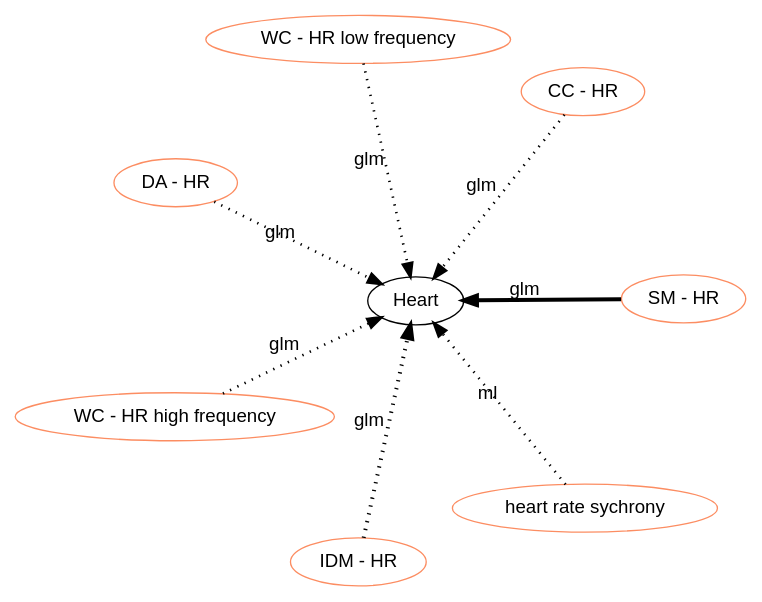
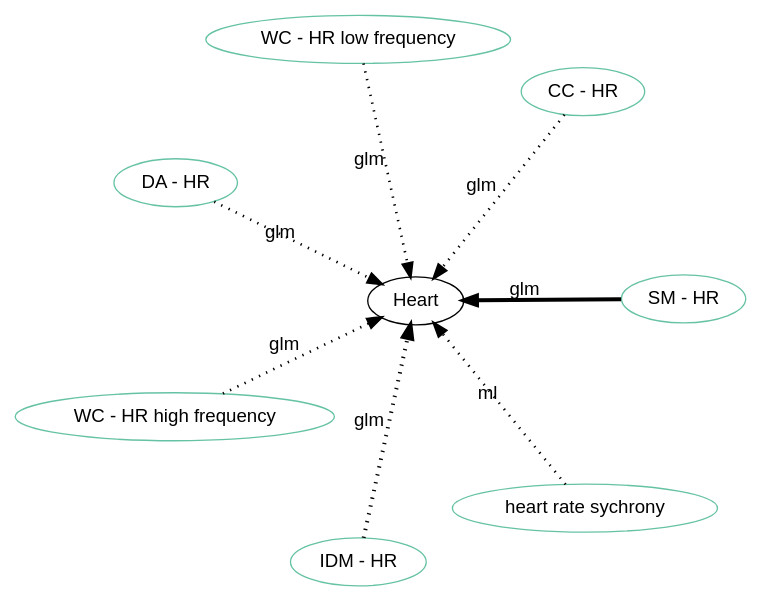
The diagram in graphviz/Heart.gv (hgse-schneider/mmca), drawn with Graphviz before and after one commit. The commit also changed 154 other files, not shown here.

```diff
--- a/graphviz/Heart.gv
+++ b/graphviz/Heart.gv
@@ -1,37 +1,37 @@
 digraph world {
         size="15,15";
         layout=neato
         graph [fontname = "helvetica"];
         node [fontname = "helvetica", colorscheme=set28];
         edge [fontname = "helvetica", colorscheme=set28];
 
 	"Heart" [href="index.svg"];
-	"SM - HR" [href="https://scholar.google.com/scholar?hl=en&q=Shared%20Experiences%20of%20Technology%20and%20Trust:%20An%20Experimental%20Study%20of%20Physiological%20Compliance%20Between%20Active%20and%20Passive%20Users%20in%20Technology-Mediated%20Collaborative%20Encounters" target="_blank" , color="2"];
-	"IDM - HR" [href="https://scholar.google.com/scholar?hl=en&q=Shared%20Experiences%20of%20Technology%20and%20Trust:%20An%20Experimental%20Study%20of%20Physiological%20Compliance%20Between%20Active%20and%20Passive%20Users%20in%20Technology-Mediated%20Collaborative%20Encounters" target="_blank" , color="2"];
-	"DA - HR" [href="https://scholar.google.com/scholar?hl=en&q=Shared%20Experiences%20of%20Technology%20and%20Trust:%20An%20Experimental%20Study%20of%20Physiological%20Compliance%20Between%20Active%20and%20Passive%20Users%20in%20Technology-Mediated%20Collaborative%20Encounters" target="_blank" , color="2"];
-	"CC - HR" [href="https://scholar.google.com/scholar?hl=en&q=Shared%20Experiences%20of%20Technology%20and%20Trust:%20An%20Experimental%20Study%20of%20Physiological%20Compliance%20Between%20Active%20and%20Passive%20Users%20in%20Technology-Mediated%20Collaborative%20Encounters" target="_blank" , color="2"];
-	"WC - HR low frequency" [href="https://scholar.google.com/scholar?hl=en&q=Shared%20Experiences%20of%20Technology%20and%20Trust:%20An%20Experimental%20Study%20of%20Physiological%20Compliance%20Between%20Active%20and%20Passive%20Users%20in%20Technology-Mediated%20Collaborative%20Encounters" target="_blank" , color="2"];
-	"WC - HR high frequency" [href="https://scholar.google.com/scholar?hl=en&q=Shared%20Experiences%20of%20Technology%20and%20Trust:%20An%20Experimental%20Study%20of%20Physiological%20Compliance%20Between%20Active%20and%20Passive%20Users%20in%20Technology-Mediated%20Collaborative%20Encounters" target="_blank" , color="2"];
-	"SM - HR" [href="https://scholar.google.com/scholar?hl=en&q=Shared%20Experiences%20of%20Technology%20and%20Trust:%20An%20Experimental%20Study%20of%20Physiological%20Compliance%20Between%20Active%20and%20Passive%20Users%20in%20Technology-Mediated%20Collaborative%20Encounters" target="_blank" , color="2"];
-	"IDM - HR" [href="https://scholar.google.com/scholar?hl=en&q=Shared%20Experiences%20of%20Technology%20and%20Trust:%20An%20Experimental%20Study%20of%20Physiological%20Compliance%20Between%20Active%20and%20Passive%20Users%20in%20Technology-Mediated%20Collaborative%20Encounters" target="_blank" , color="2"];
-	"DA - HR" [href="https://scholar.google.com/scholar?hl=en&q=Shared%20Experiences%20of%20Technology%20and%20Trust:%20An%20Experimental%20Study%20of%20Physiological%20Compliance%20Between%20Active%20and%20Passive%20Users%20in%20Technology-Mediated%20Collaborative%20Encounters" target="_blank" , color="2"];
-	"CC - HR" [href="https://scholar.google.com/scholar?hl=en&q=Shared%20Experiences%20of%20Technology%20and%20Trust:%20An%20Experimental%20Study%20of%20Physiological%20Compliance%20Between%20Active%20and%20Passive%20Users%20in%20Technology-Mediated%20Collaborative%20Encounters" target="_blank" , color="2"];
-	"WC - HR low frequency" [href="https://scholar.google.com/scholar?hl=en&q=Shared%20Experiences%20of%20Technology%20and%20Trust:%20An%20Experimental%20Study%20of%20Physiological%20Compliance%20Between%20Active%20and%20Passive%20Users%20in%20Technology-Mediated%20Collaborative%20Encounters" target="_blank" , color="2"];
-	"WC - HR high frequency" [href="https://scholar.google.com/scholar?hl=en&q=Shared%20Experiences%20of%20Technology%20and%20Trust:%20An%20Experimental%20Study%20of%20Physiological%20Compliance%20Between%20Active%20and%20Passive%20Users%20in%20Technology-Mediated%20Collaborative%20Encounters" target="_blank" , color="2"];
-	"SM - HR" [href="https://scholar.google.com/scholar?hl=en&q=Shared%20Experiences%20of%20Technology%20and%20Trust:%20An%20Experimental%20Study%20of%20Physiological%20Compliance%20Between%20Active%20and%20Passive%20Users%20in%20Technology-Mediated%20Collaborative%20Encounters" target="_blank" , color="2"];
-	"IDM - HR" [href="https://scholar.google.com/scholar?hl=en&q=Shared%20Experiences%20of%20Technology%20and%20Trust:%20An%20Experimental%20Study%20of%20Physiological%20Compliance%20Between%20Active%20and%20Passive%20Users%20in%20Technology-Mediated%20Collaborative%20Encounters" target="_blank" , color="2"];
-	"heart rate sychrony" [href="https://scholar.google.com/scholar?hl=en&q=Predicting%20Collaborative%20Learning%20Quality%20through%20Physiological%20Synchrony%20Recorded%20by%20Wearable%20Biosensors" target="_blank" , color="2"];
-	"heart rate sychrony" [href="https://scholar.google.com/scholar?hl=en&q=Predicting%20Collaborative%20Learning%20Quality%20through%20Physiological%20Synchrony%20Recorded%20by%20Wearable%20Biosensors" target="_blank" , color="2"];
+	"SM - HR" [href="https://scholar.google.com/scholar?hl=en&q=Shared%20Experiences%20of%20Technology%20and%20Trust:%20An%20Experimental%20Study%20of%20Physiological%20Compliance%20Between%20Active%20and%20Passive%20Users%20in%20Technology-Mediated%20Collaborative%20Encounters" target="_blank" , color="1"];
+	"IDM - HR" [href="https://scholar.google.com/scholar?hl=en&q=Shared%20Experiences%20of%20Technology%20and%20Trust:%20An%20Experimental%20Study%20of%20Physiological%20Compliance%20Between%20Active%20and%20Passive%20Users%20in%20Technology-Mediated%20Collaborative%20Encounters" target="_blank" , color="1"];
+	"DA - HR" [href="https://scholar.google.com/scholar?hl=en&q=Shared%20Experiences%20of%20Technology%20and%20Trust:%20An%20Experimental%20Study%20of%20Physiological%20Compliance%20Between%20Active%20and%20Passive%20Users%20in%20Technology-Mediated%20Collaborative%20Encounters" target="_blank" , color="1"];
+	"CC - HR" [href="https://scholar.google.com/scholar?hl=en&q=Shared%20Experiences%20of%20Technology%20and%20Trust:%20An%20Experimental%20Study%20of%20Physiological%20Compliance%20Between%20Active%20and%20Passive%20Users%20in%20Technology-Mediated%20Collaborative%20Encounters" target="_blank" , color="1"];
+	"WC - HR low frequency" [href="https://scholar.google.com/scholar?hl=en&q=Shared%20Experiences%20of%20Technology%20and%20Trust:%20An%20Experimental%20Study%20of%20Physiological%20Compliance%20Between%20Active%20and%20Passive%20Users%20in%20Technology-Mediated%20Collaborative%20Encounters" target="_blank" , color="1"];
+	"WC - HR high frequency" [href="https://scholar.google.com/scholar?hl=en&q=Shared%20Experiences%20of%20Technology%20and%20Trust:%20An%20Experimental%20Study%20of%20Physiological%20Compliance%20Between%20Active%20and%20Passive%20Users%20in%20Technology-Mediated%20Collaborative%20Encounters" target="_blank" , color="1"];
+	"SM - HR" [href="https://scholar.google.com/scholar?hl=en&q=Shared%20Experiences%20of%20Technology%20and%20Trust:%20An%20Experimental%20Study%20of%20Physiological%20Compliance%20Between%20Active%20and%20Passive%20Users%20in%20Technology-Mediated%20Collaborative%20Encounters" target="_blank" , color="1"];
+	"IDM - HR" [href="https://scholar.google.com/scholar?hl=en&q=Shared%20Experiences%20of%20Technology%20and%20Trust:%20An%20Experimental%20Study%20of%20Physiological%20Compliance%20Between%20Active%20and%20Passive%20Users%20in%20Technology-Mediated%20Collaborative%20Encounters" target="_blank" , color="1"];
+	"DA - HR" [href="https://scholar.google.com/scholar?hl=en&q=Shared%20Experiences%20of%20Technology%20and%20Trust:%20An%20Experimental%20Study%20of%20Physiological%20Compliance%20Between%20Active%20and%20Passive%20Users%20in%20Technology-Mediated%20Collaborative%20Encounters" target="_blank" , color="1"];
+	"CC - HR" [href="https://scholar.google.com/scholar?hl=en&q=Shared%20Experiences%20of%20Technology%20and%20Trust:%20An%20Experimental%20Study%20of%20Physiological%20Compliance%20Between%20Active%20and%20Passive%20Users%20in%20Technology-Mediated%20Collaborative%20Encounters" target="_blank" , color="1"];
+	"WC - HR low frequency" [href="https://scholar.google.com/scholar?hl=en&q=Shared%20Experiences%20of%20Technology%20and%20Trust:%20An%20Experimental%20Study%20of%20Physiological%20Compliance%20Between%20Active%20and%20Passive%20Users%20in%20Technology-Mediated%20Collaborative%20Encounters" target="_blank" , color="1"];
+	"WC - HR high frequency" [href="https://scholar.google.com/scholar?hl=en&q=Shared%20Experiences%20of%20Technology%20and%20Trust:%20An%20Experimental%20Study%20of%20Physiological%20Compliance%20Between%20Active%20and%20Passive%20Users%20in%20Technology-Mediated%20Collaborative%20Encounters" target="_blank" , color="1"];
+	"SM - HR" [href="https://scholar.google.com/scholar?hl=en&q=Shared%20Experiences%20of%20Technology%20and%20Trust:%20An%20Experimental%20Study%20of%20Physiological%20Compliance%20Between%20Active%20and%20Passive%20Users%20in%20Technology-Mediated%20Collaborative%20Encounters" target="_blank" , color="1"];
+	"IDM - HR" [href="https://scholar.google.com/scholar?hl=en&q=Shared%20Experiences%20of%20Technology%20and%20Trust:%20An%20Experimental%20Study%20of%20Physiological%20Compliance%20Between%20Active%20and%20Passive%20Users%20in%20Technology-Mediated%20Collaborative%20Encounters" target="_blank" , color="1"];
+	"heart rate sychrony" [href="https://scholar.google.com/scholar?hl=en&q=Predicting%20Collaborative%20Learning%20Quality%20through%20Physiological%20Synchrony%20Recorded%20by%20Wearable%20Biosensors" target="_blank" , color="1"];
+	"heart rate sychrony" [href="https://scholar.google.com/scholar?hl=en&q=Predicting%20Collaborative%20Learning%20Quality%20through%20Physiological%20Synchrony%20Recorded%20by%20Wearable%20Biosensors" target="_blank" , color="1"];
 	"SM - HR" -> "Heart" [label="glm", labeltooltip=3, style="solid", penwidth=3];
 	"IDM - HR" -> "Heart" [label="glm", labeltooltip=3, style="dotted", penwidth=3];
 	"DA - HR" -> "Heart" [label="glm", labeltooltip=2, style="dotted", penwidth=2];
 	"CC - HR" -> "Heart" [label="glm", labeltooltip=2, style="dotted", penwidth=2];
 	"WC - HR low frequency" -> "Heart" [label="glm", labeltooltip=2, style="dotted", penwidth=2];
 	"WC - HR high frequency" -> "Heart" [label="glm", labeltooltip=2, style="dotted", penwidth=2];
 	"heart rate sychrony" -> "Heart" [label="ml", labeltooltip=2, style="dotted", penwidth=2];
 
  overlap=false 
  splines = true; 
 
 
 }
```
